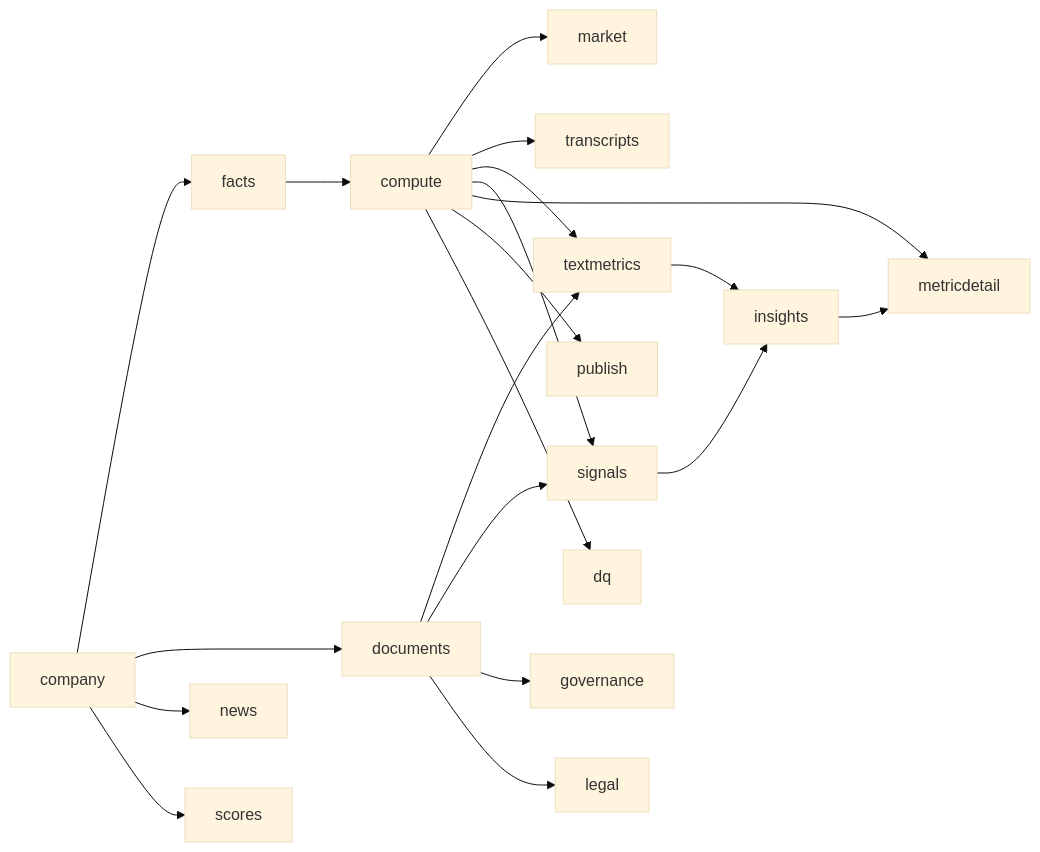
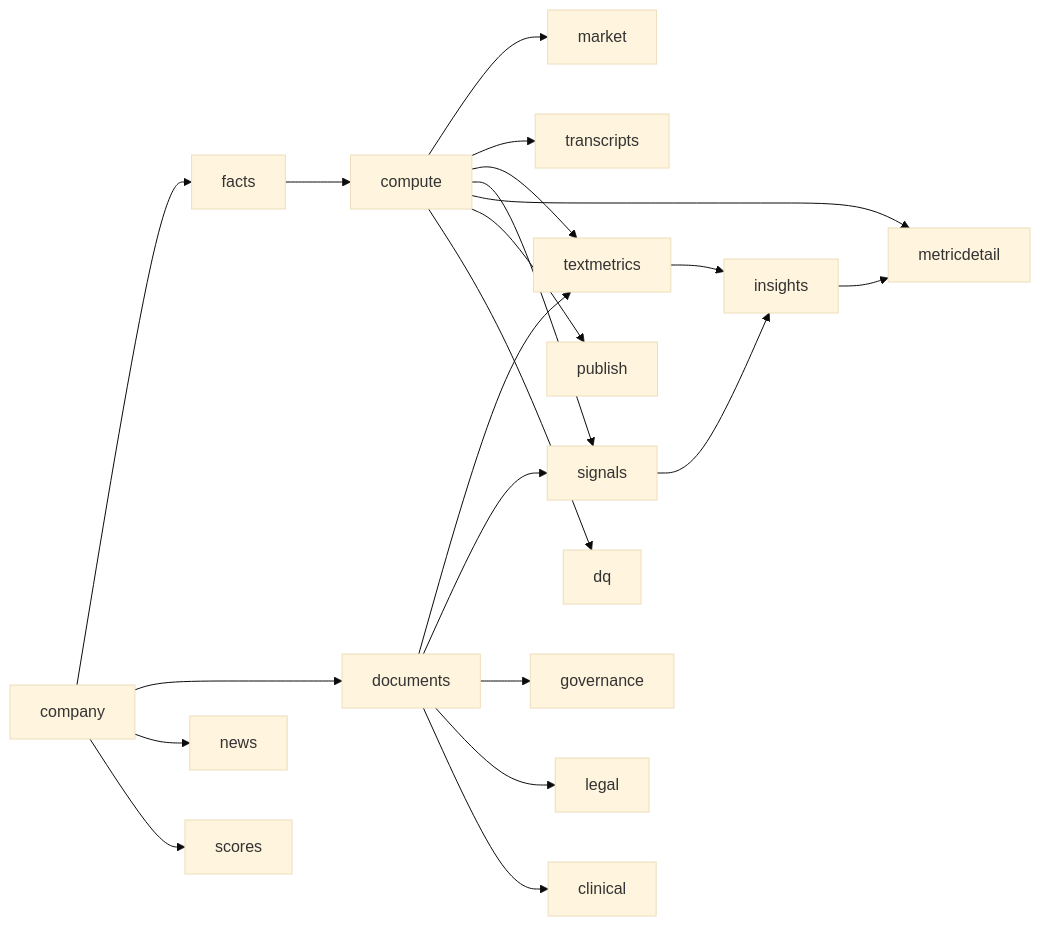
One commit to jiehuan/prof360 changed the second of 2 diagrams in docs/TECHNICAL.md. Above: the diagram before and after it, drawn with Mermaid (base theme). The commit also changed other lines of this file and 57 other files, not shown here.

````diff
--- a/docs/TECHNICAL.md
+++ b/docs/TECHNICAL.md
@@ -74,21 +74,22 @@
 ```mermaid
 flowchart LR
   company --> facts --> compute
   compute --> market
   company --> documents
   company --> news
   company --> scores
   compute --> transcripts
   compute --> textmetrics
   documents --> textmetrics
   compute --> signals
   documents --> signals
   documents --> governance
   documents --> legal
+  documents --> clinical
   signals --> insights
   textmetrics --> insights
   insights --> metricdetail
   compute --> metricdetail
   compute --> publish
   compute --> dq
 ```
````
